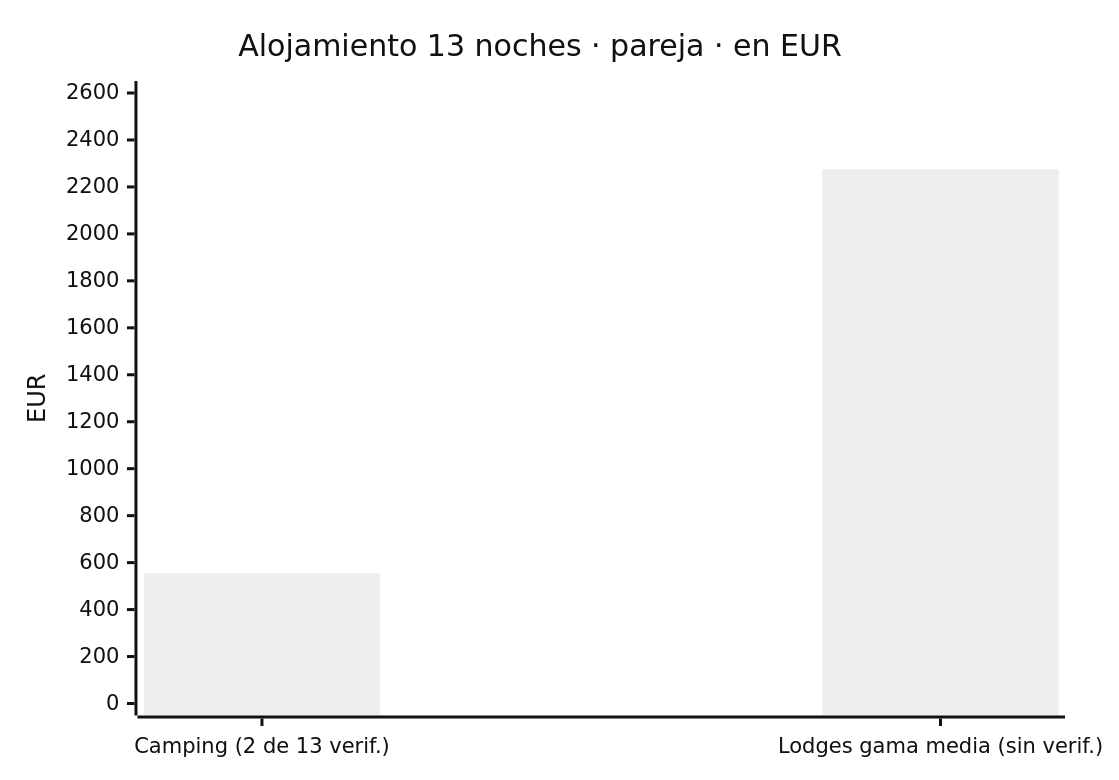
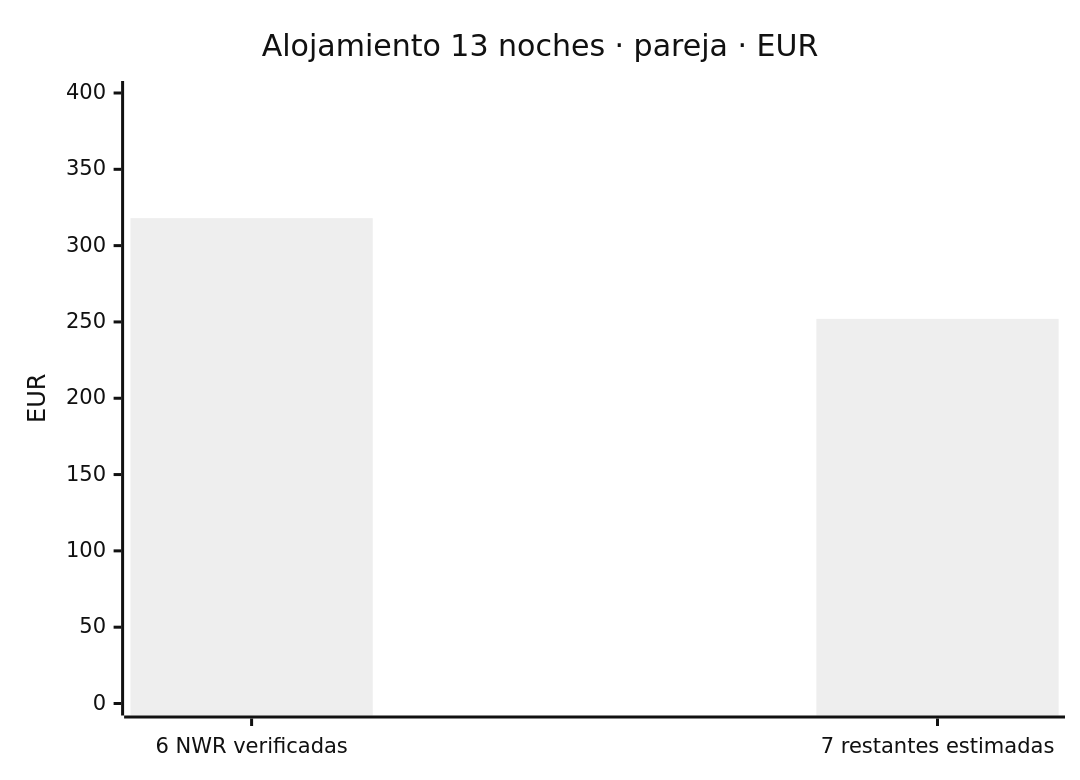
Before and after one commit to morandeirachema/namibia: the second of 4 diagrams in 10-presupuesto.md, drawn with Mermaid (neutral theme). The commit also changed other lines of this file and 2 other files, not shown here.

````diff
--- a/10-presupuesto.md
+++ b/10-presupuesto.md
@@ -179,7 +108,7 @@
 ```mermaid
 xychart-beta
-    title "Alojamiento 13 noches · pareja · en EUR"
-    x-axis ["Camping (2 de 13 verif.)", "Lodges gama media (sin verif.)"]
-    y-axis "EUR" 0 --> 2600
-    bar [555, 2275]
+    title "Alojamiento 13 noches · pareja · EUR"
+    x-axis ["6 NWR verificadas", "7 restantes estimadas"]
+    y-axis "EUR" 0 --> 400
+    bar [318, 252]
 ```
````
